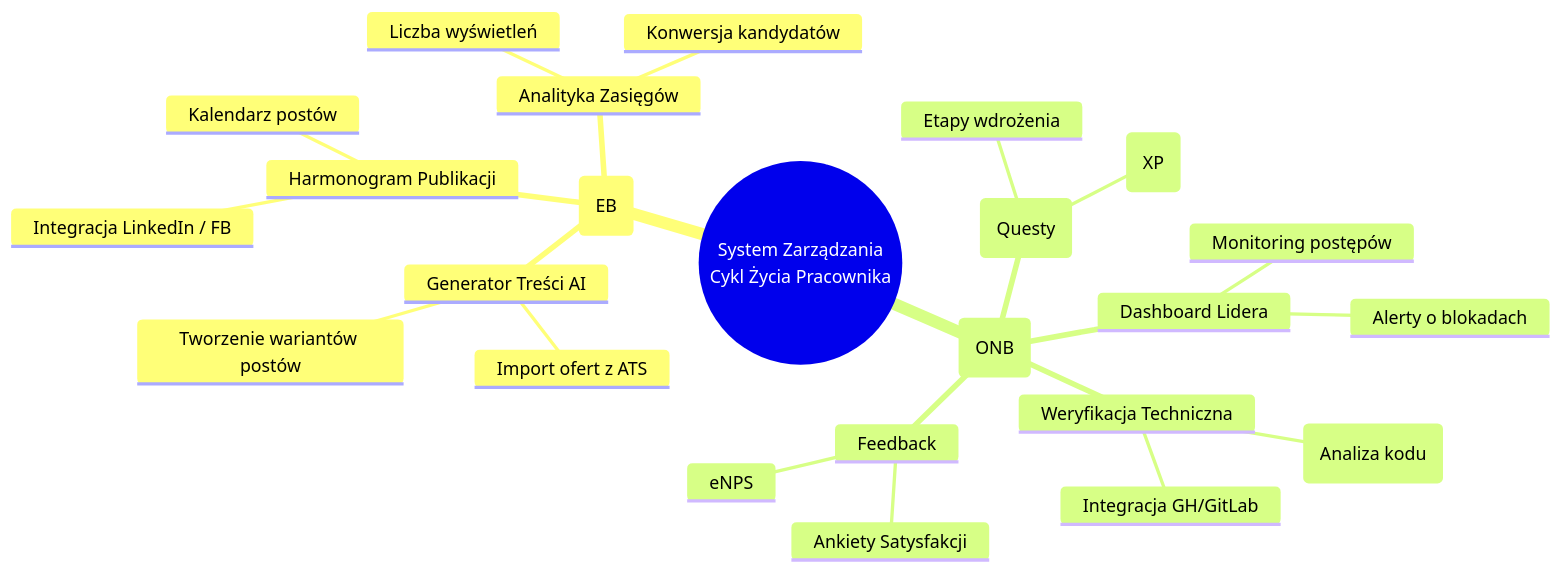
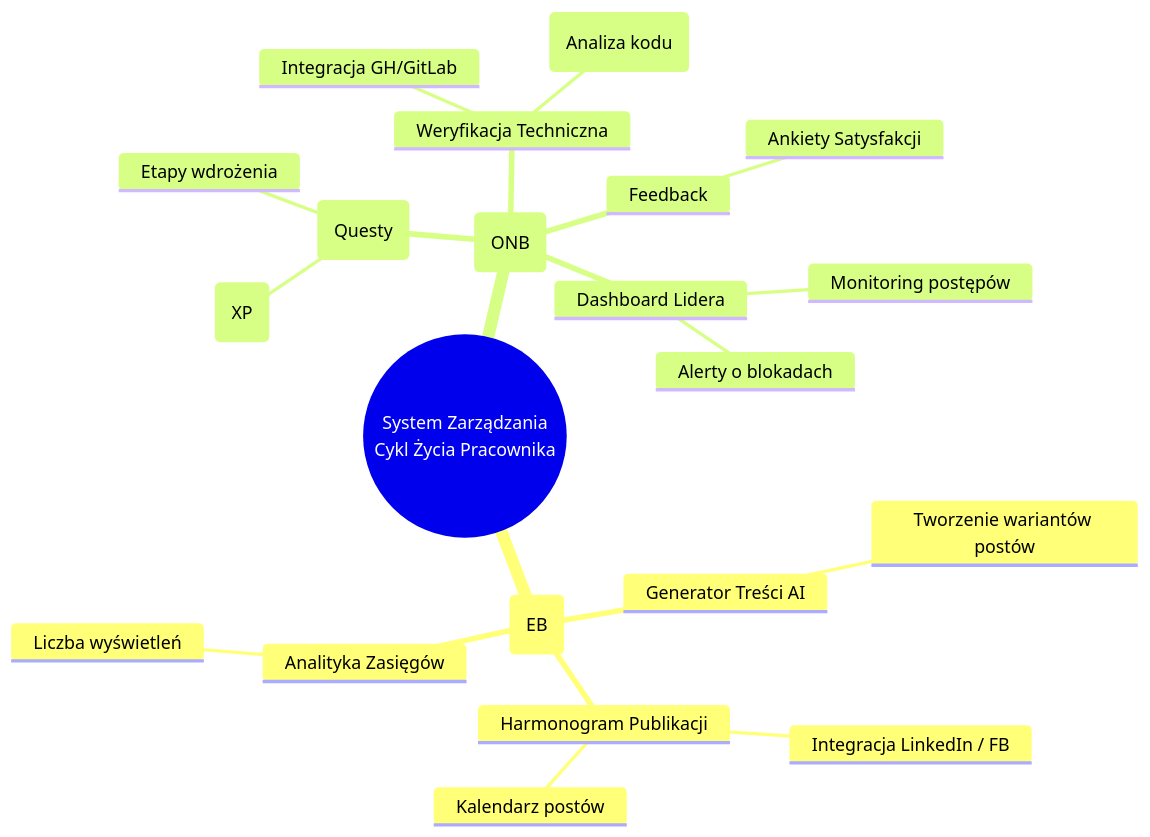
The first of 2 diagrams in SRS.md (Piotrreek/ZPI), drawn with Mermaid before and after one commit.

Commit message:
Changes in mermaid

````diff
--- a/SRS.md
+++ b/SRS.md
@@ -112,27 +112,24 @@
 ```mermaid
 mindmap
   root((System Zarządzania<br/>Cykl Życia Pracownika))
     Moduł Employer Branding (EB)
       Generator Treści AI
-        Import ofert z ATS
         Tworzenie wariantów postów
       Harmonogram Publikacji
         Integracja LinkedIn / FB
         Kalendarz postów
       Analityka Zasięgów
         Liczba wyświetleń
-        Konwersja kandydatów
     Moduł Onboarding (ONB)
       Ścieżki Rozwoju (Questy)
         Etapy wdrożenia
         System nagród (XP)
       Weryfikacja Techniczna
         Integracja GH/GitLab
         Smart-Check (Analiza kodu)
       Dashboard Lidera
         Monitoring postępów
         Alerty o blokadach
       Feedback
         Ankiety Satysfakcji
-        eNPS
 ```
````
